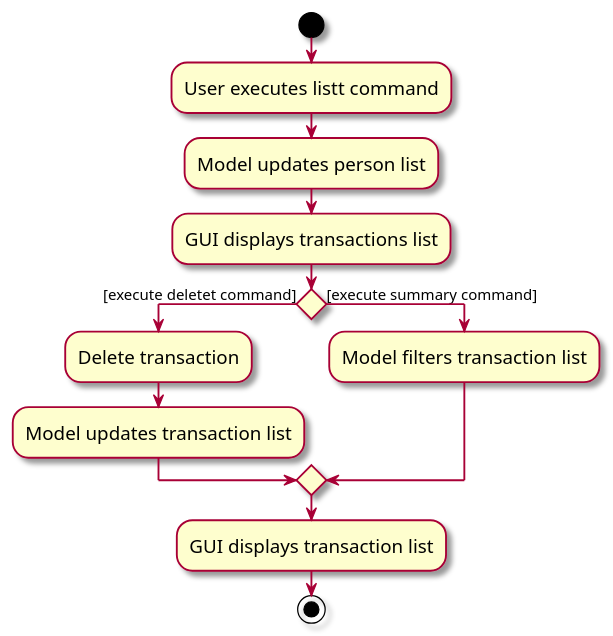
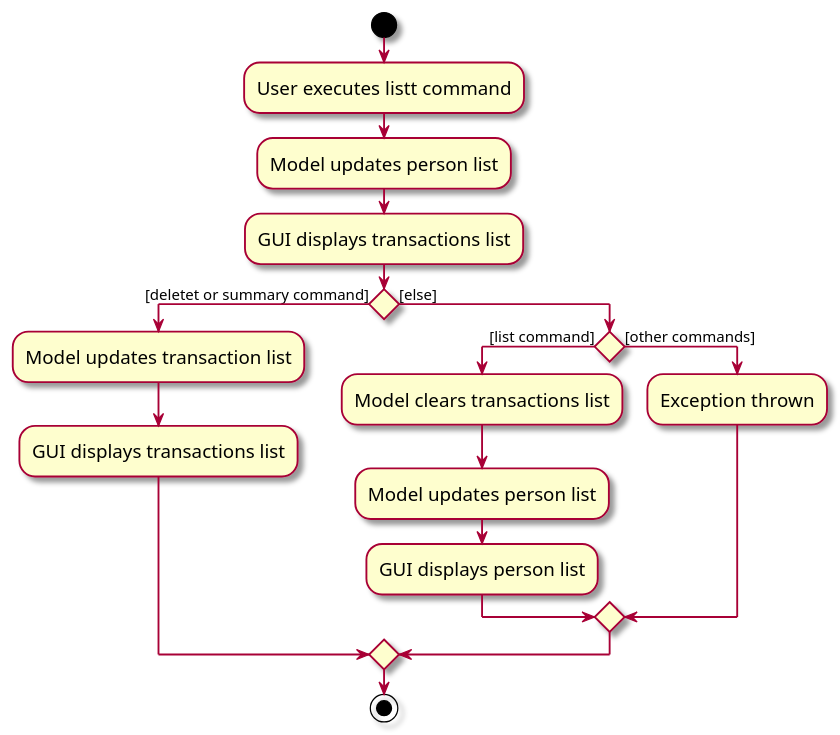
The diagram in diagrams/ListTransactionsActivityDiagram.puml (reginateh/tp), drawn with PlantUML before and after one commit. The commit also changed 31 other files, not shown here.

```diff
--- a/diagrams/ListTransactionsActivityDiagram.puml
+++ b/diagrams/ListTransactionsActivityDiagram.puml
@@ -1,22 +1,27 @@
 @startuml
 skin rose
 skinparam ActivityFontSize 15
 skinparam ArrowFontSize 12
 start
 :User executes listt command;
 :Model updates person list;
 :GUI displays transactions list;
 
 'Since the beta syntax does not support placing the condition outside the
 'diamond we place it as the true branch instead.
 
-if () then ([execute deletet command])
-    :Delete transaction;
+if () then ([deletet or summary command])
     :Model updates transaction list;
-else([execute summary command])
-    :Model filters transaction list;
+    :GUI displays transactions list;
+else ([else])
+    if () then ([list command])
+        :Model clears transactions list;
+        :Model updates person list;
+        :GUI displays person list;
+    else ([other commands])
+        :Exception thrown;
+    endif
 endif
 
-:GUI displays transaction list;
 stop
 @enduml
```
